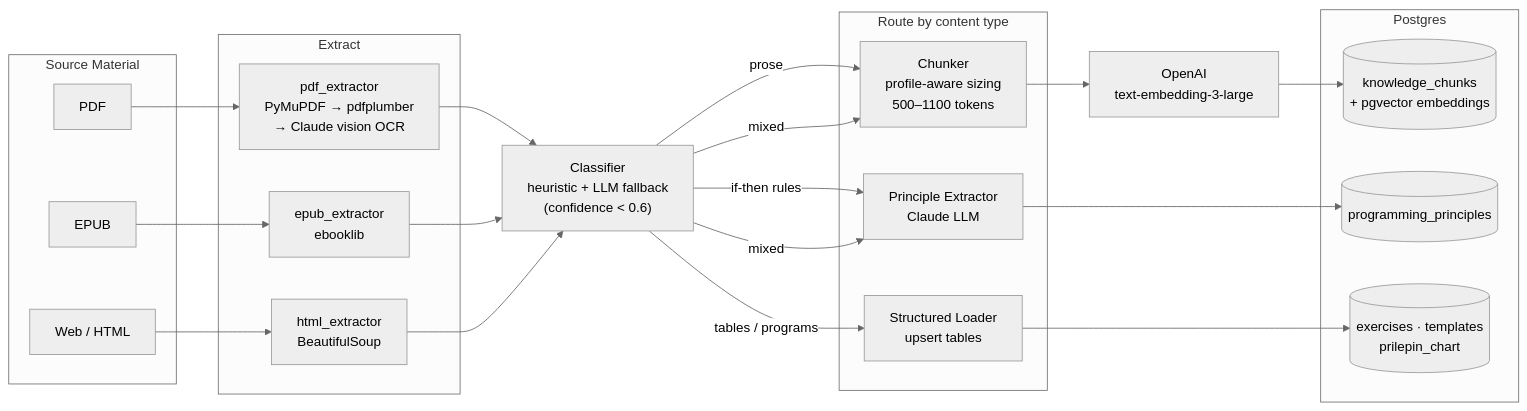
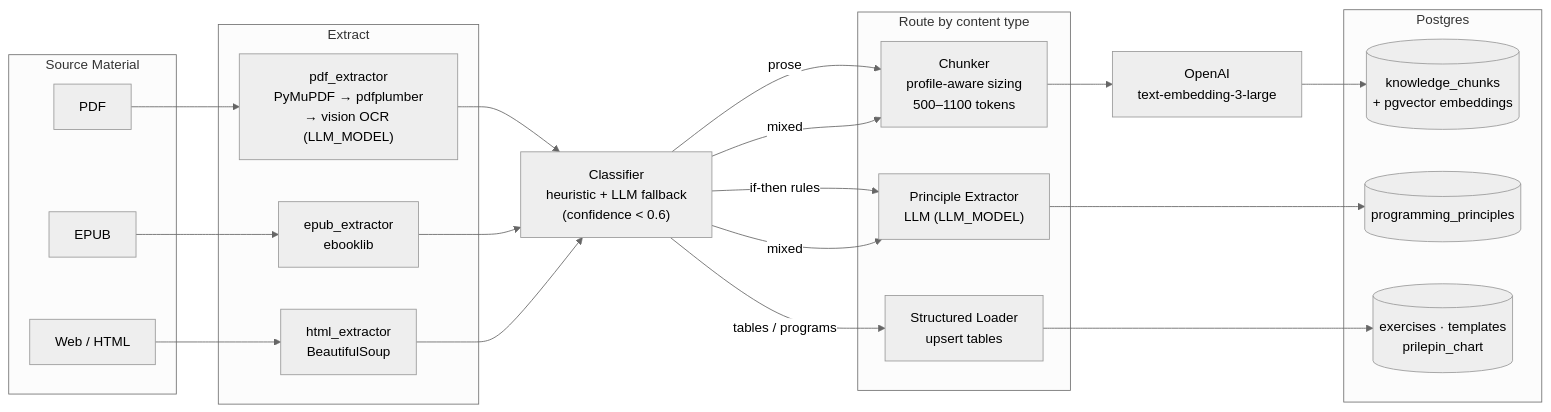
One commit to dcmshi/oly-program-generator changed the third of 4 diagrams in ARCHITECTURE.md. Above: the diagram before and after it, drawn with Mermaid (neutral theme). The commit also changed other lines of this file, not shown here.

Commit message:
docs(architecture): provider-aware LLM setup in diagrams and production env vars (LLM_PROVIDER, OPENROUTER_API_KEY) (AUD-7)

````diff
--- a/ARCHITECTURE.md
+++ b/ARCHITECTURE.md
@@ -110,39 +111,39 @@
 ```mermaid
 flowchart LR
     subgraph src["Source Material"]
         PDF[PDF]
         EPUB[EPUB]
         WEB[Web / HTML]
     end
 
     subgraph extract["Extract"]
-        PE["pdf_extractor<br/>PyMuPDF → pdfplumber<br/>→ Claude vision OCR"]
+        PE["pdf_extractor<br/>PyMuPDF → pdfplumber<br/>→ vision OCR (LLM_MODEL)"]
         EE["epub_extractor<br/>ebooklib"]
         HE["html_extractor<br/>BeautifulSoup"]
     end
 
     CLASS["Classifier<br/>heuristic + LLM fallback<br/>(confidence < 0.6)"]
 
     subgraph route["Route by content type"]
         CHUNK["Chunker<br/>profile-aware sizing<br/>500–1100 tokens"]
         SL["Structured Loader<br/>upsert tables"]
-        PEX["Principle Extractor<br/>Claude LLM"]
+        PEX["Principle Extractor<br/>LLM (LLM_MODEL)"]
     end
 
     subgraph store["Postgres"]
         KC[("knowledge_chunks<br/>+ pgvector embeddings")]
         PP[("programming_principles")]
         EX[("exercises · templates<br/>prilepin_chart")]
     end
 
     OAI["OpenAI<br/>text-embedding-3-large"]
 
     PDF --> PE --> CLASS
     EPUB --> EE --> CLASS
     WEB --> HE --> CLASS
 
     CLASS -->|prose| CHUNK --> OAI --> KC
     CLASS -->|tables / programs| SL --> EX
     CLASS -->|if-then rules| PEX --> PP
     CLASS -->|mixed| CHUNK & PEX
 ```
````
